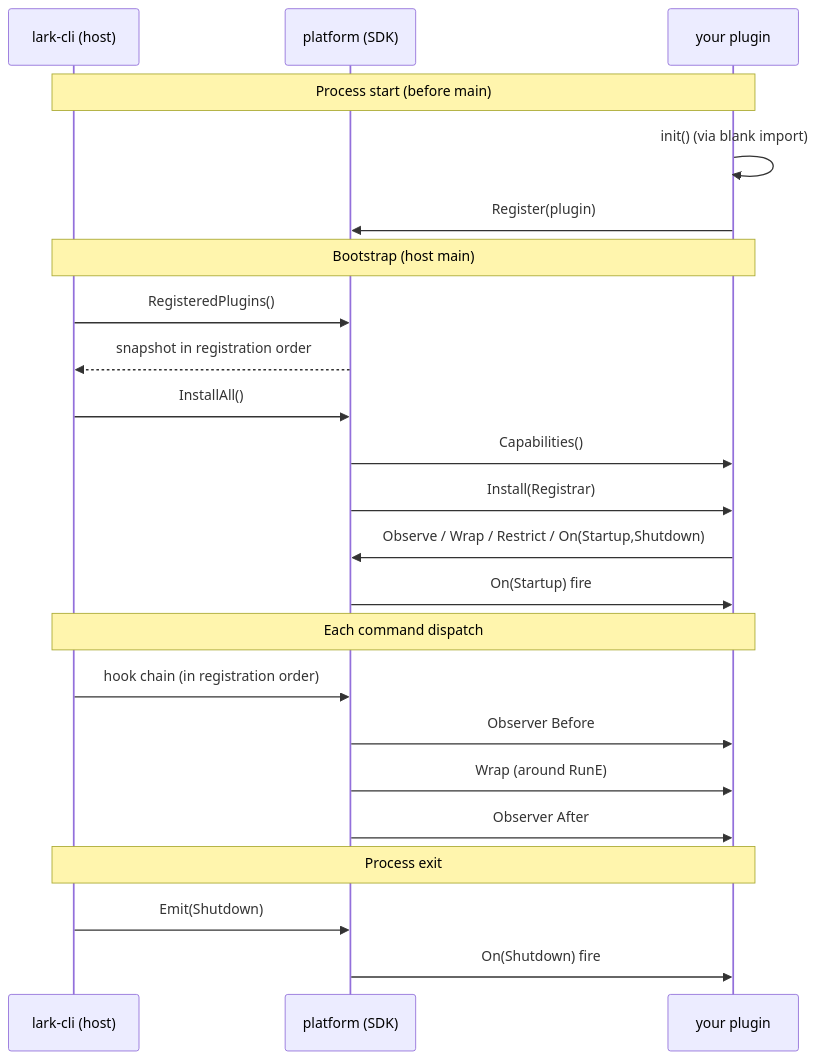
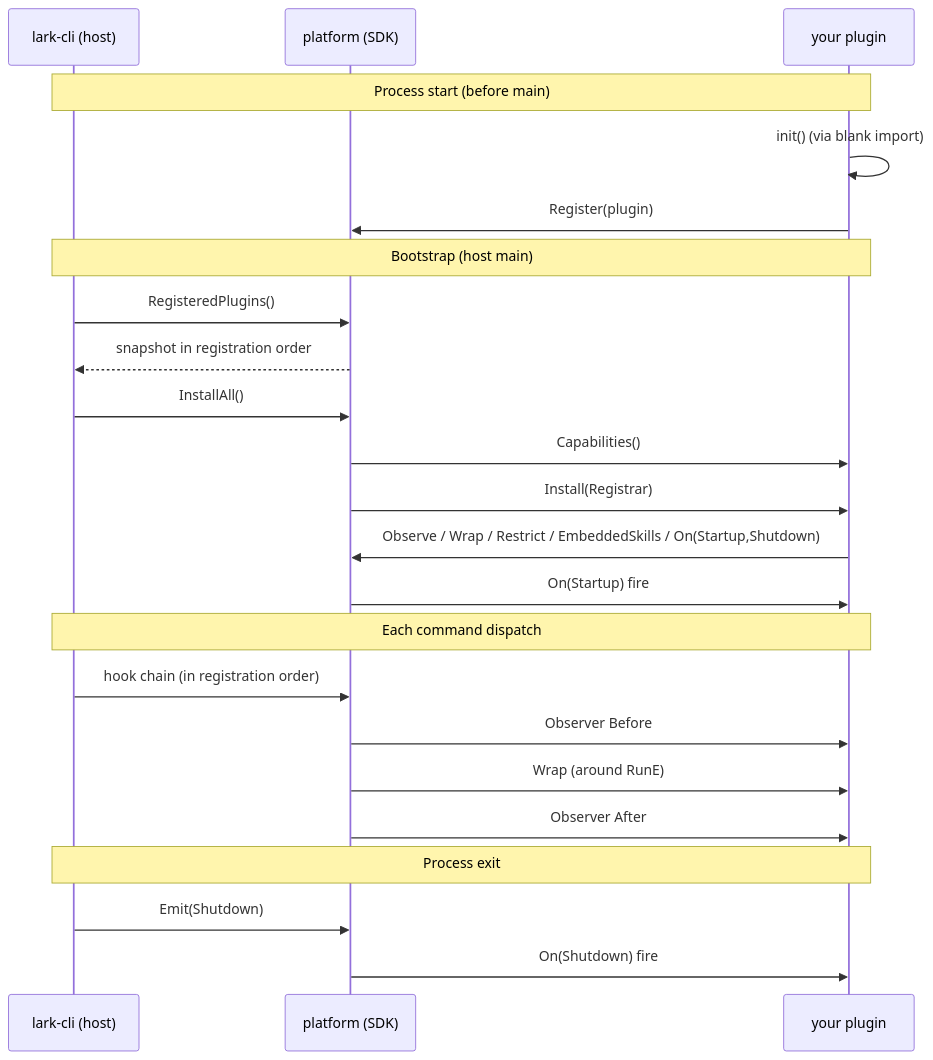
Before and after one commit to larksuite/cli: the diagram in extension/platform/README.md, drawn with Mermaid. The commit also changed other lines of this file and 164 other files, not shown here.

````diff
--- a/extension/platform/README.md
+++ b/extension/platform/README.md
@@ -66,29 +125,29 @@
 ```mermaid
 sequenceDiagram
     participant Host as lark-cli (host)
     participant SDK as platform (SDK)
     participant Plugin as your plugin
 
     Note over Host,Plugin: Process start (before main)
     Plugin->>Plugin: init() (via blank import)
     Plugin->>SDK: Register(plugin)
 
     Note over Host,Plugin: Bootstrap (host main)
     Host->>SDK: RegisteredPlugins()
     SDK-->>Host: snapshot in registration order
     Host->>SDK: InstallAll()
     SDK->>Plugin: Capabilities()
     SDK->>Plugin: Install(Registrar)
-    Plugin->>SDK: Observe / Wrap / Restrict / On(Startup,Shutdown)
+    Plugin->>SDK: Observe / Wrap / Restrict / EmbeddedSkills / On(Startup,Shutdown)
     SDK->>Plugin: On(Startup) fire
 
     Note over Host,Plugin: Each command dispatch
     Host->>SDK: hook chain (in registration order)
     SDK->>Plugin: Observer Before
     SDK->>Plugin: Wrap (around RunE)
     SDK->>Plugin: Observer After
 
     Note over Host,Plugin: Process exit
     Host->>SDK: Emit(Shutdown)
     SDK->>Plugin: On(Shutdown) fire
 ```
````
